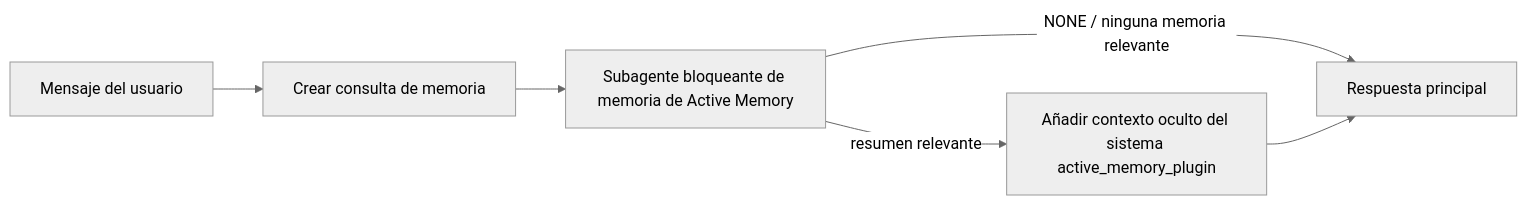
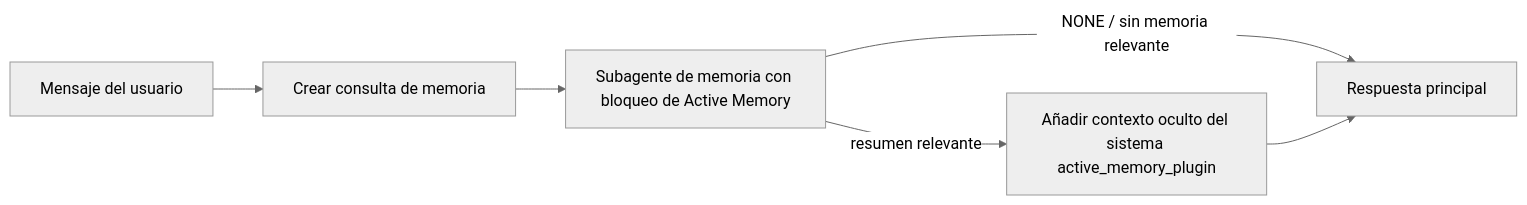
Before and after one commit to openclaw/docs: the diagram in docs/es/concepts/active-memory.md, drawn with Mermaid (neutral theme). The commit also changed other lines of this file and 1235 other files, not shown here.

````diff
--- a/docs/es/concepts/active-memory.md
+++ b/docs/es/concepts/active-memory.md
@@ -85,8 +133,8 @@
 ```mermaid
 flowchart LR
   U["Mensaje del usuario"] --> Q["Crear consulta de memoria"]
-  Q --> R["Subagente bloqueante de memoria de Active Memory"]
-  R -->|NONE / ninguna memoria relevante| M["Respuesta principal"]
+  Q --> R["Subagente de memoria con bloqueo de Active Memory"]
+  R -->|NONE / sin memoria relevante| M["Respuesta principal"]
   R -->|resumen relevante| I["Añadir contexto oculto del sistema active_memory_plugin"]
   I --> M["Respuesta principal"]
 ```
````
